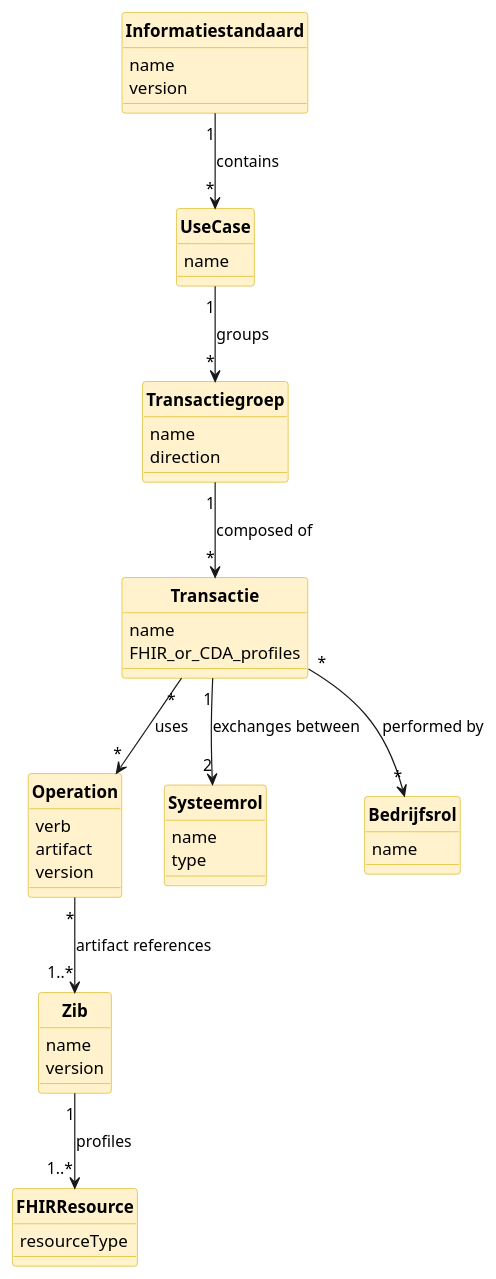
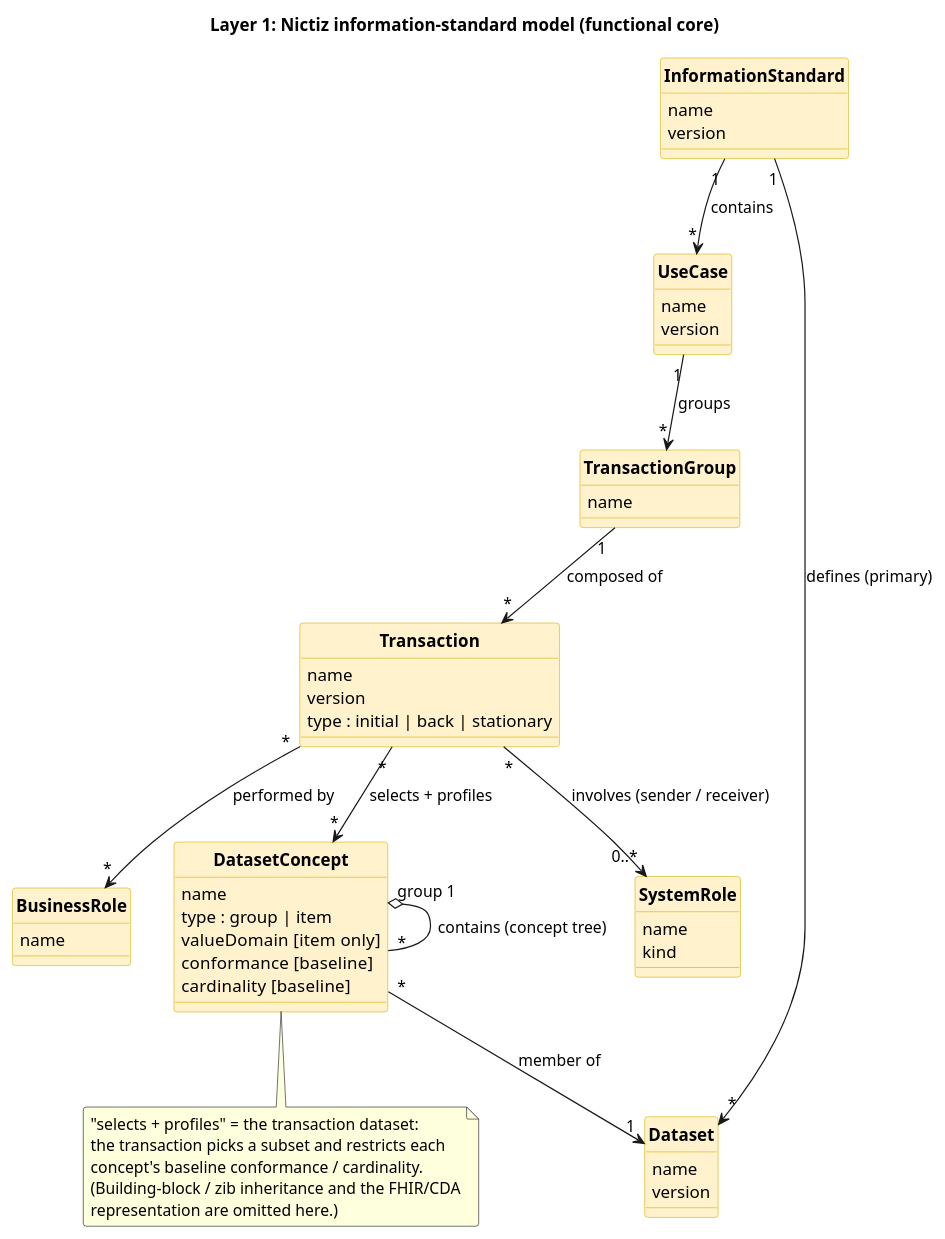
Before and after one commit to nuts-foundation/nl-generic-functions-ig: the diagram in input/images-source/authorization-model-nictiz.plantuml, drawn with PlantUML. The commit also changed 7 other files, not shown here.

```diff
--- a/input/images-source/authorization-model-nictiz.plantuml
+++ b/input/images-source/authorization-model-nictiz.plantuml
@@ -5,63 +5,66 @@
 @startuml authorization-model-nictiz
 
 skinparam defaultFontName Arial
 skinparam backgroundColor white
 skinparam roundcorner 5
 skinparam classBackgroundColor #FFF2CC
 skinparam classBorderColor #D6B000
 skinparam classFontStyle bold
 hide circle
 
-class Informatiestandaard {
+title Layer 1: Nictiz information-standard model (functional core)
+
+class InformationStandard {
   name
   version
 }
-
 class UseCase {
-  name
-}
-
-class Transactiegroep {
-  name
-  direction
-}
-
-class Transactie {
-  name
-  FHIR_or_CDA_profiles
-}
-
-class Operation {
-  verb
-  artifact
-  version
-}
-
-class Systeemrol {
-  name
-  type
-}
-
-class Bedrijfsrol {
-  name
-}
-
-class Zib {
   name
   version
 }
-
-class FHIRResource {
-  resourceType
+class TransactionGroup {
+  name
+}
+class Transaction {
+  name
+  version
+  type : initial | back | stationary
+}
+class SystemRole {
+  name
+  kind
+}
+class BusinessRole {
+  name
+}
+class Dataset {
+  name
+  version
+}
+class DatasetConcept {
+  name
+  type : group | item
+  valueDomain  [item only]
+  conformance  [baseline]
+  cardinality  [baseline]
 }
 
-Informatiestandaard "1" --> "*" UseCase : contains
-UseCase "1" --> "*" Transactiegroep : groups
-Transactiegroep "1" --> "*" Transactie : composed of
-Transactie "*" --> "*" Operation : uses
-Transactie "1" --> "2" Systeemrol : exchanges between
-Transactie "*" --> "*" Bedrijfsrol : performed by
-Operation "*" --> "1..*" Zib : artifact references
-Zib "1" --> "1..*" FHIRResource : profiles
+InformationStandard "1" --> "*" UseCase : contains
+InformationStandard "1" --> "*" Dataset : defines (primary)
+UseCase "1" --> "*" TransactionGroup : groups
+TransactionGroup "1" --> "*" Transaction : composed of
+Transaction "*" --> "0..*" SystemRole : involves (sender / receiver)
+Transaction "*" --> "*" BusinessRole : performed by
+Transaction "*" --> "*" DatasetConcept : selects + profiles
+DatasetConcept "group 1" o-- "*" DatasetConcept : contains (concept tree)
+DatasetConcept "*" --> "1" Dataset : member of
+
+note bottom of DatasetConcept
+  "selects + profiles" = the transaction dataset:
+  the transaction picks a subset and restricts each
+  concept's baseline conformance / cardinality.
+  (Building-block / zib inheritance and the FHIR/CDA
+  representation are omitted here.)
+end note
 
 @enduml
```
